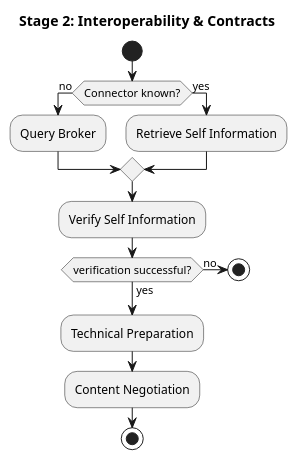
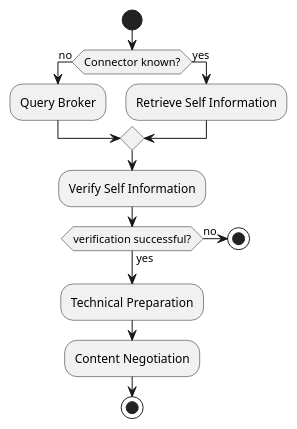
One commit to IndustrialDataSpace/Documentation changed the diagram in stage2_interoperability.plantuml. Above: the diagram before and after it, drawn with PlantUML. The commit also changed 3 other files, not shown here.

```diff
--- a/stage2_interoperability.plantuml
+++ b/stage2_interoperability.plantuml
@@ -1,25 +1,23 @@
 @startuml
 
 start
-
-title Stage 2: Interoperability & Contracts
 
 if (Connector known?) then (no)
     :Query Broker;
 else (yes)
     :Retrieve Self Information;
 endif
 
 :Verify Self Information;
 
 if (verification successful?) then (yes)
     else (no)
         stop
 endif
 
 :Technical Preparation;
 :Content Negotiation;
 
 stop
 
 @enduml
```
